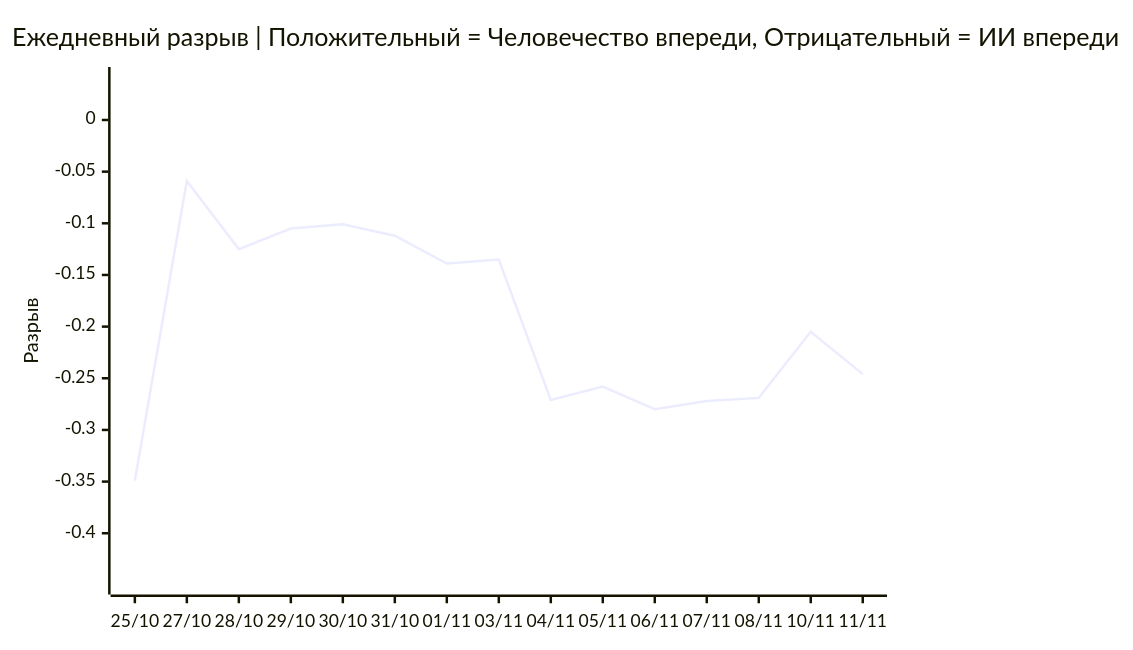
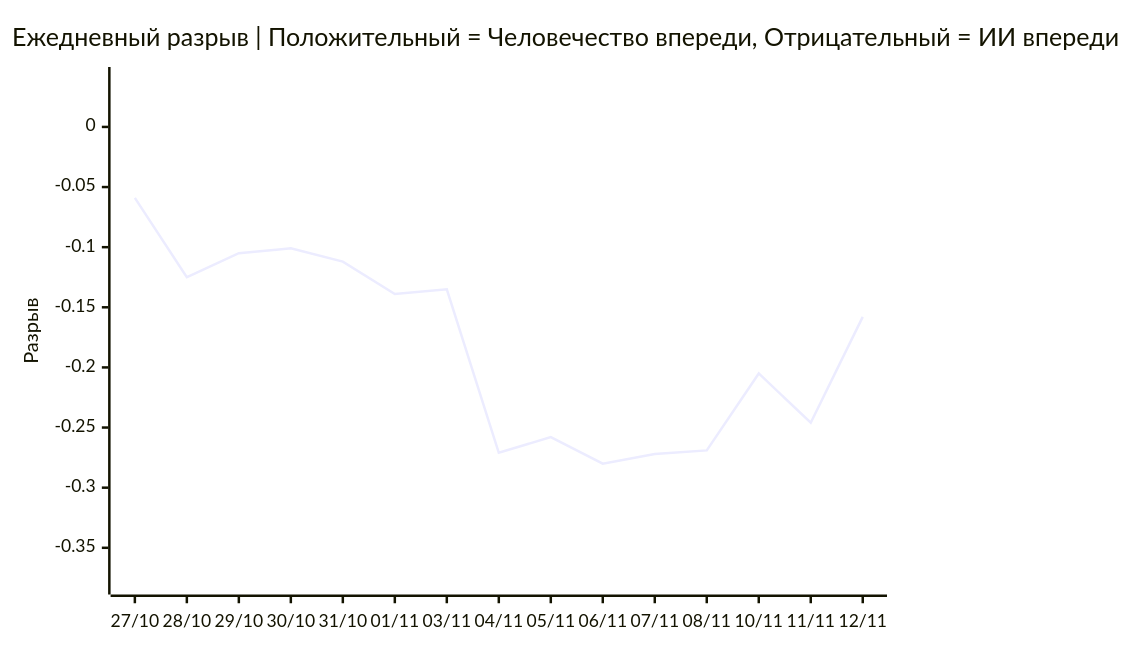
One commit to VQQLK/Human-AI-Monitor changed the third of 3 diagrams in README.ru.md. Above: the diagram before and after it, drawn with Mermaid. The commit also changed other lines of this file and 3 other files, not shown here.

````diff
--- a/README.ru.md
+++ b/README.ru.md
@@ -54,7 +54,7 @@
 ```mermaid
 xychart-beta
     title "Ежедневный разрыв | Положительный = Человечество впереди, Отрицательный = ИИ впереди"
-    x-axis ["25/10", "27/10", "28/10", "29/10", "30/10", "31/10", "01/11", "03/11", "04/11", "05/11", "06/11", "07/11", "08/11", "10/11", "11/11"]
-    y-axis "Разрыв" -0.449 --> 0.041
-    line [-0.349, -0.059, -0.125, -0.105, -0.101, -0.112, -0.139, -0.135, -0.271, -0.258, -0.280, -0.272, -0.269, -0.205, -0.246]
+    x-axis ["27/10", "28/10", "29/10", "30/10", "31/10", "01/11", "03/11", "04/11", "05/11", "06/11", "07/11", "08/11", "10/11", "11/11", "12/11"]
+    y-axis "Разрыв" -0.380 --> 0.041
+    line [-0.059, -0.125, -0.105, -0.101, -0.112, -0.139, -0.135, -0.271, -0.258, -0.280, -0.272, -0.269, -0.205, -0.246, -0.158]
 ```
````
